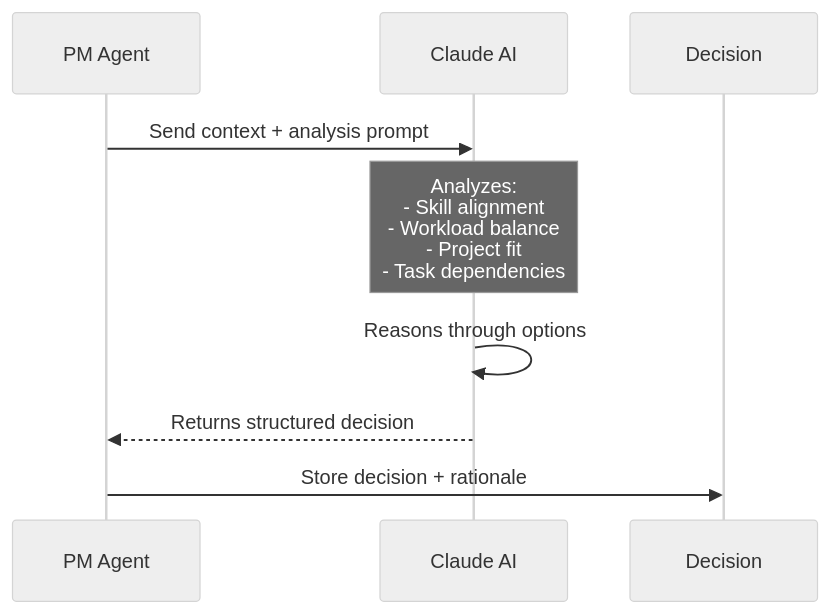
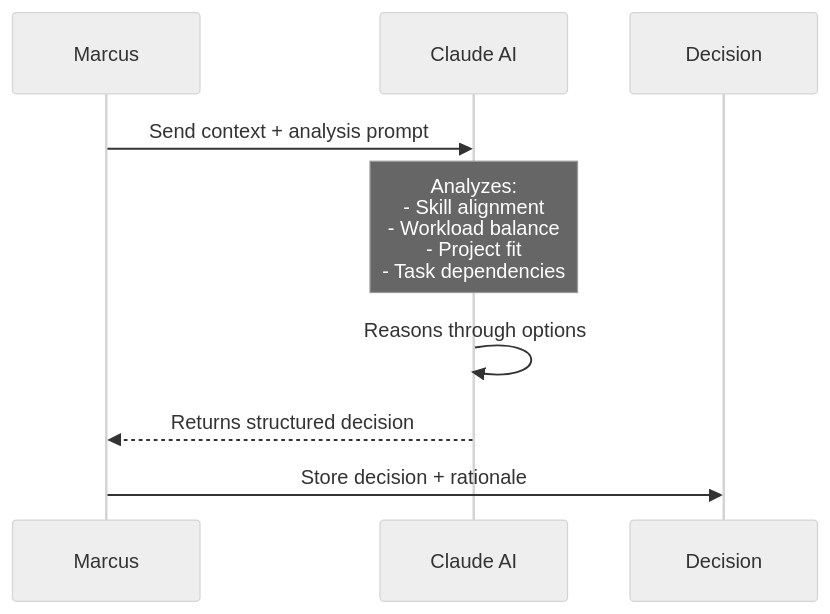
Before and after one commit to lwgray/pm-agent: the second of 2 diagrams in docs/concepts/task-assignment-intelligence.md, drawn with Mermaid (neutral theme). The commit also changed other lines of this file and 54 other files, not shown here.

````diff
--- a/docs/concepts/task-assignment-intelligence.md
+++ b/docs/concepts/task-assignment-intelligence.md
@@ -101,12 +101,12 @@
 ```mermaid
 sequenceDiagram
-    participant PM as PM Agent
+    participant PM as Marcus
     participant AI as Claude AI
     participant DB as Decision
     
     PM->>AI: Send context + analysis prompt
     Note over AI: Analyzes:<br/>- Skill alignment<br/>- Workload balance<br/>- Project fit<br/>- Task dependencies
     AI->>AI: Reasons through options
     AI-->>PM: Returns structured decision
     PM->>DB: Store decision + rationale
 ```
````
